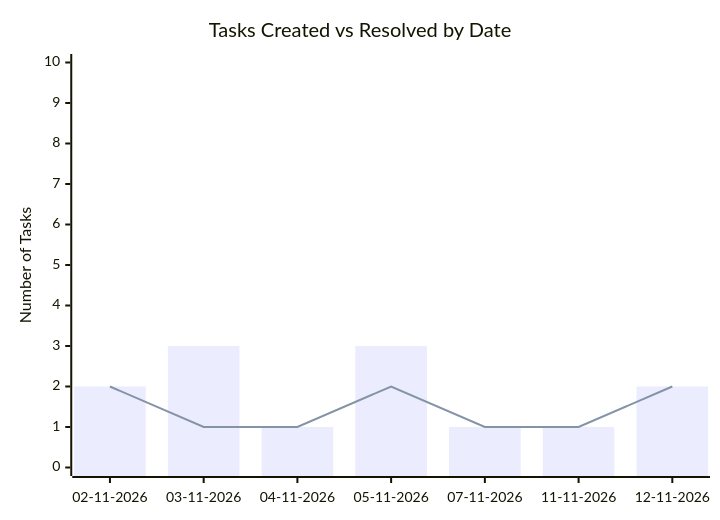
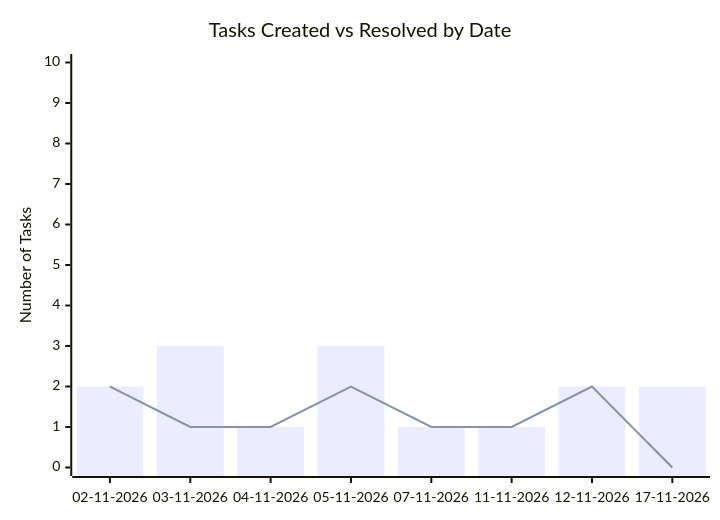
One commit to sagarms97/MyWorkDairy changed the second of 2 diagrams in KUD/Analytics.md. Above: the diagram before and after it, drawn with Mermaid. The commit also changed other lines of this file and 4 other files, not shown here.

````diff
--- a/KUD/Analytics.md
+++ b/KUD/Analytics.md
@@ -30,8 +31,8 @@
 ```mermaid
 xychart-beta
     title "Tasks Created vs Resolved by Date"
-    x-axis ["02-11-2026", "03-11-2026", "04-11-2026", "05-11-2026", "07-11-2026", "11-11-2026", "12-11-2026"]
+    x-axis ["02-11-2026", "03-11-2026", "04-11-2026", "05-11-2026", "07-11-2026", "11-11-2026", "12-11-2026", "17-11-2026"]
     y-axis "Number of Tasks" 0 --> 10
-    bar [2, 3, 1, 3, 1, 1, 2]
-    line [2, 1, 1, 2, 1, 1, 2]
+    bar [2, 3, 1, 3, 1, 1, 2, 2]
+    line [2, 1, 1, 2, 1, 1, 2, 0]
 ```
````
